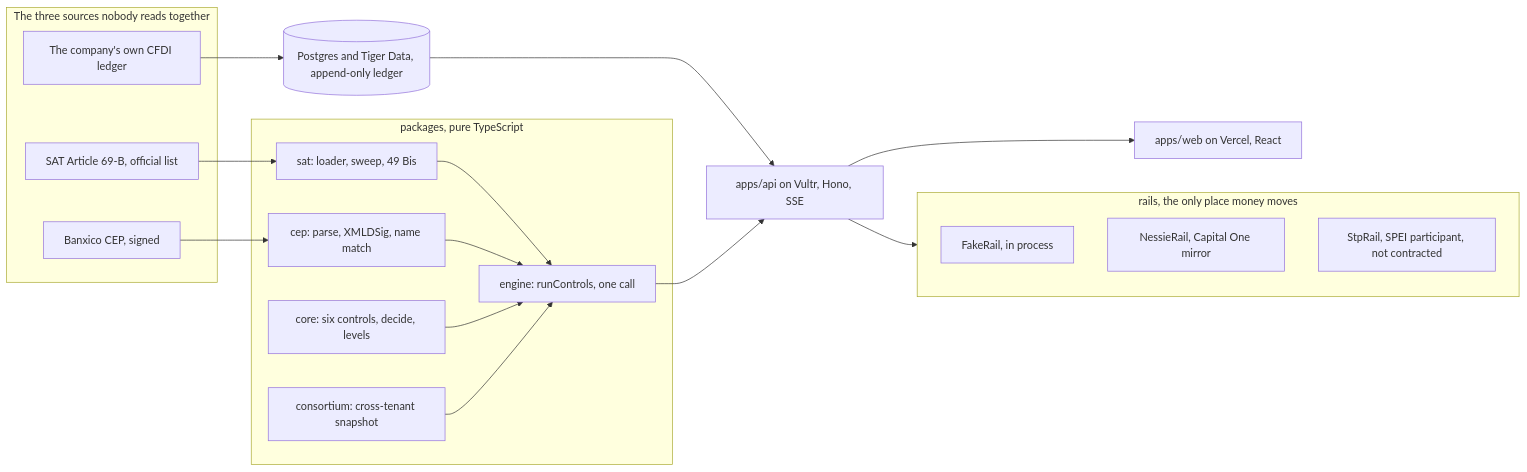
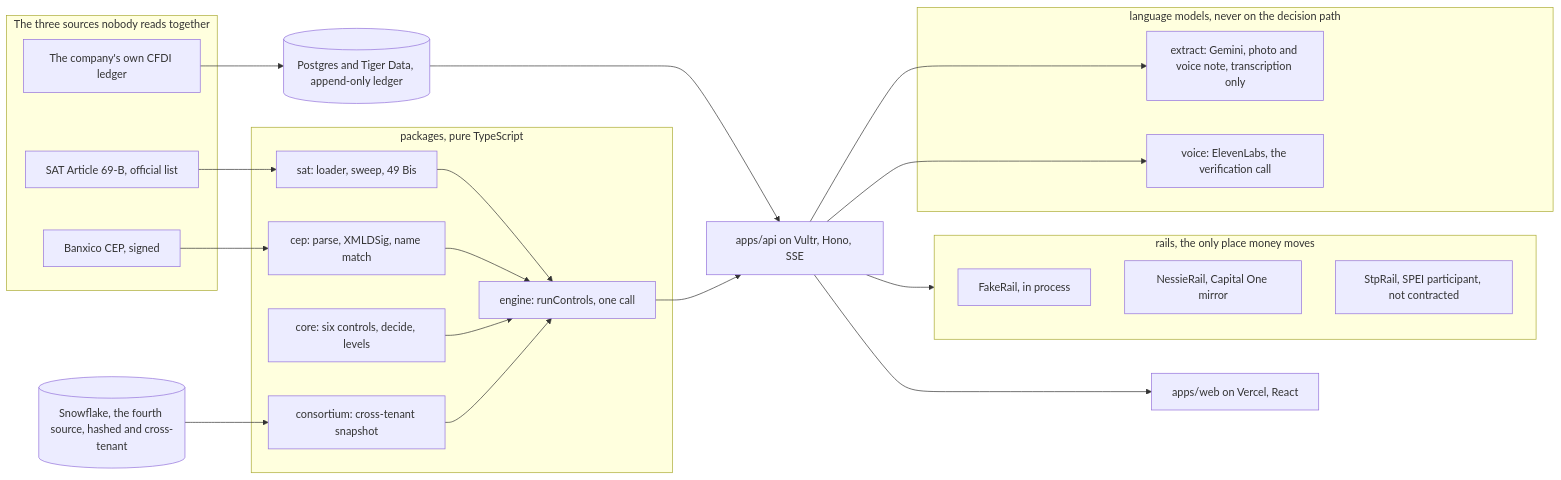
One commit to garzario/CapitalOneHackMTY changed the diagram in README.md. Above: the diagram before and after it, drawn with Mermaid. The commit also changed other lines of this file and 5 other files, not shown here.

````diff
--- a/README.md
+++ b/README.md
@@ -103,38 +109,47 @@
 ```mermaid
 flowchart LR
   subgraph sources["The three sources nobody reads together"]
     cfdi["The company's own CFDI ledger"]
     sat["SAT Article 69-B, official list"]
     cep["Banxico CEP, signed"]
   end
 
   subgraph engine["packages, pure TypeScript"]
     core["core: six controls, decide, levels"]
     satpkg["sat: loader, sweep, 49 Bis"]
     ceppkg["cep: parse, XMLDSig, name match"]
     eng["engine: runControls, one call"]
     cons["consortium: cross-tenant snapshot"]
   end
 
   subgraph rails["rails, the only place money moves"]
     fake["FakeRail, in process"]
     nessie["NessieRail, Capital One mirror"]
     stp["StpRail, SPEI participant, not contracted"]
   end
 
+  subgraph models["language models, never on the decision path"]
+    extract["extract: Gemini, photo and voice note, transcription only"]
+    voice["voice: ElevenLabs, the verification call"]
+  end
+
   api["apps/api on Vultr, Hono, SSE"]
   db[("Postgres and Tiger Data, append-only ledger")]
   web["apps/web on Vercel, React"]
+  snow[("Snowflake, the fourth source, hashed and cross-tenant")]
 
   cfdi --> db
   sat --> satpkg
   cep --> ceppkg
+  snow --> cons
   satpkg --> eng
   ceppkg --> eng
   core --> eng
   cons --> eng
   db --> api
   eng --> api
   api --> rails
+  api --> extract
+  api --> voice
   api --> web
 ```
````
